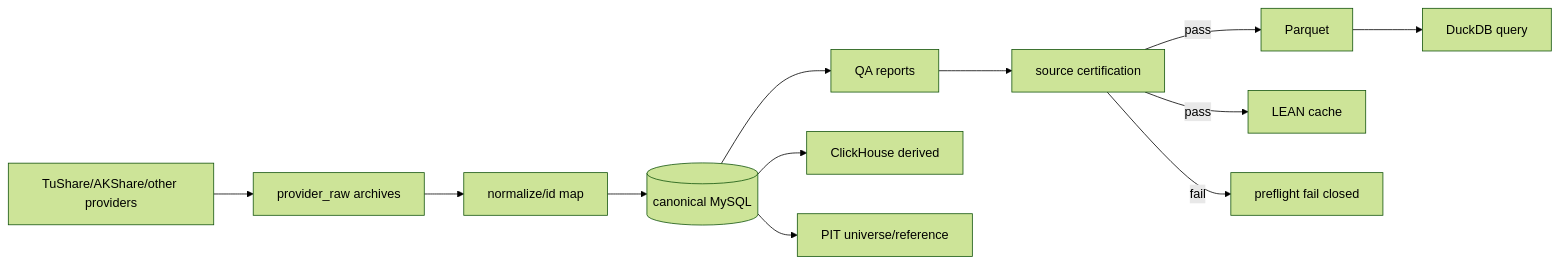
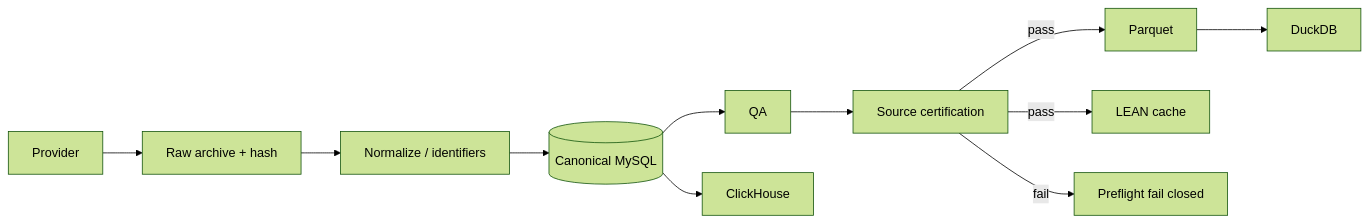
The third of 9 diagrams in docs/audit/actual-environment-system-review-2026-08-02.md (magic-alt/lean-local-platform), drawn with Mermaid (forest theme) before and after one commit. The commit also changed other lines of this file and 35 other files, not shown here.

````diff
--- a/docs/audit/actual-environment-system-review-2026-08-02.md
+++ b/docs/audit/actual-environment-system-review-2026-08-02.md
@@ -138,14 +132,13 @@
 ```mermaid
 flowchart LR
-  PR[TuShare/AKShare/other providers] --> RA[provider_raw archives]
-  RA --> N[normalize/id map]
-  N --> CAN[(canonical MySQL)]
-  CAN --> QA[QA reports]
-  QA --> CERT[source certification]
-  CERT -->|pass| PARQ[Parquet]
-  CERT -->|pass| LC[LEAN cache]
-  PARQ --> DUCK[DuckDB query]
-  CAN --> CLICK[ClickHouse derived]
-  CAN --> PIT[PIT universe/reference]
-  CERT -->|fail| BLOCK[preflight fail closed]
+  P[Provider] --> R[Raw archive + hash]
+  R --> N[Normalize / identifiers]
+  N --> C[(Canonical MySQL)]
+  C --> Q[QA]
+  Q --> S[Source certification]
+  S -->|pass| PA[Parquet]
+  S -->|pass| LC[LEAN cache]
+  PA --> D[DuckDB]
+  C --> CH[ClickHouse]
+  S -->|fail| F[Preflight fail closed]
 ```
````
